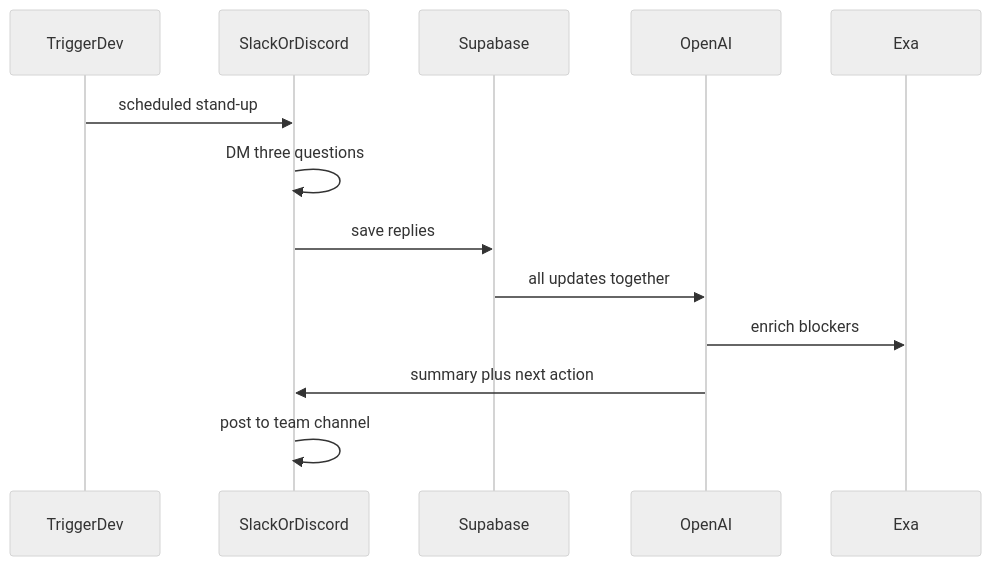
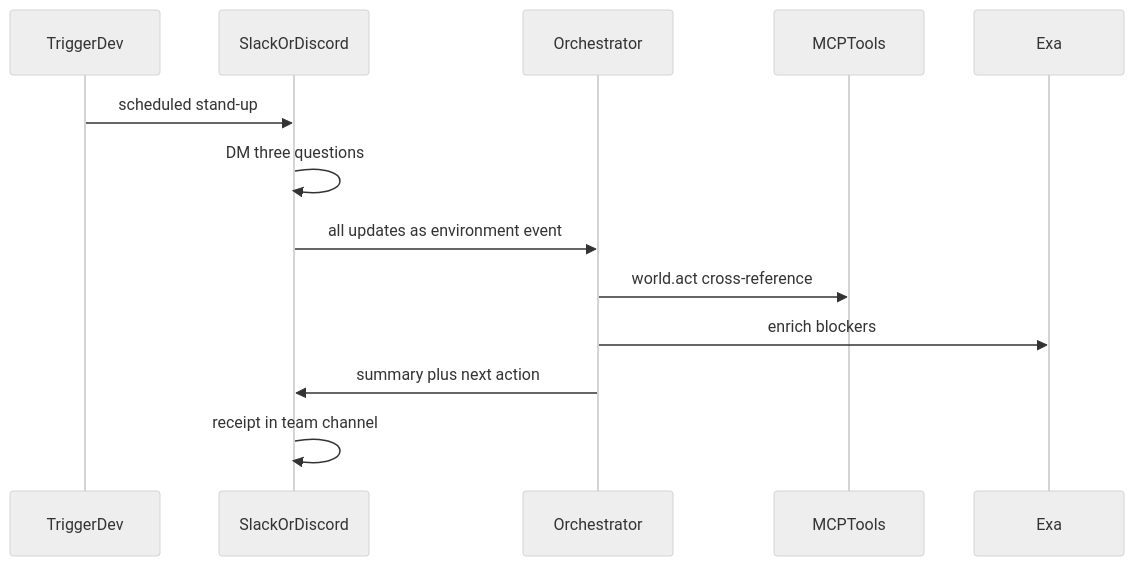
The diagram in README.md (redbull93/red), drawn with Mermaid (neutral theme) before and after one commit. The commit also changed other lines of this file and 60 other files, not shown here.

````diff
--- a/README.md
+++ b/README.md
@@ -43,15 +57,15 @@
 ```mermaid
 sequenceDiagram
   participant Trigger as TriggerDev
   participant Adapter as SlackOrDiscord
-  participant Store as Supabase
-  participant LLM as OpenAI
+  participant Orch as Orchestrator
+  participant MCP as MCPTools
   participant Exa as Exa
   Trigger->>Adapter: scheduled stand-up
   Adapter->>Adapter: DM three questions
-  Adapter->>Store: save replies
-  Store->>LLM: all updates together
-  LLM->>Exa: enrich blockers
-  LLM->>Adapter: summary plus next action
-  Adapter->>Adapter: post to team channel
+  Adapter->>Orch: all updates as environment event
+  Orch->>MCP: world.act cross-reference
+  Orch->>Exa: enrich blockers
+  Orch->>Adapter: summary plus next action
+  Adapter->>Adapter: receipt in team channel
 ```
````
